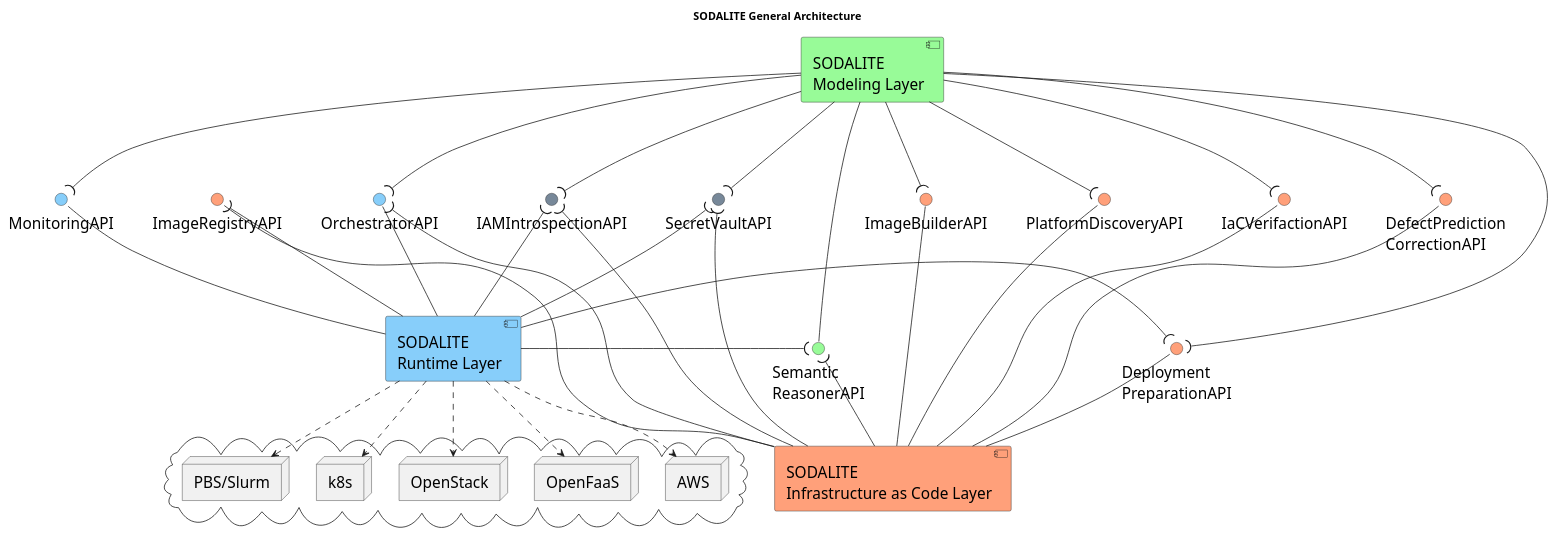
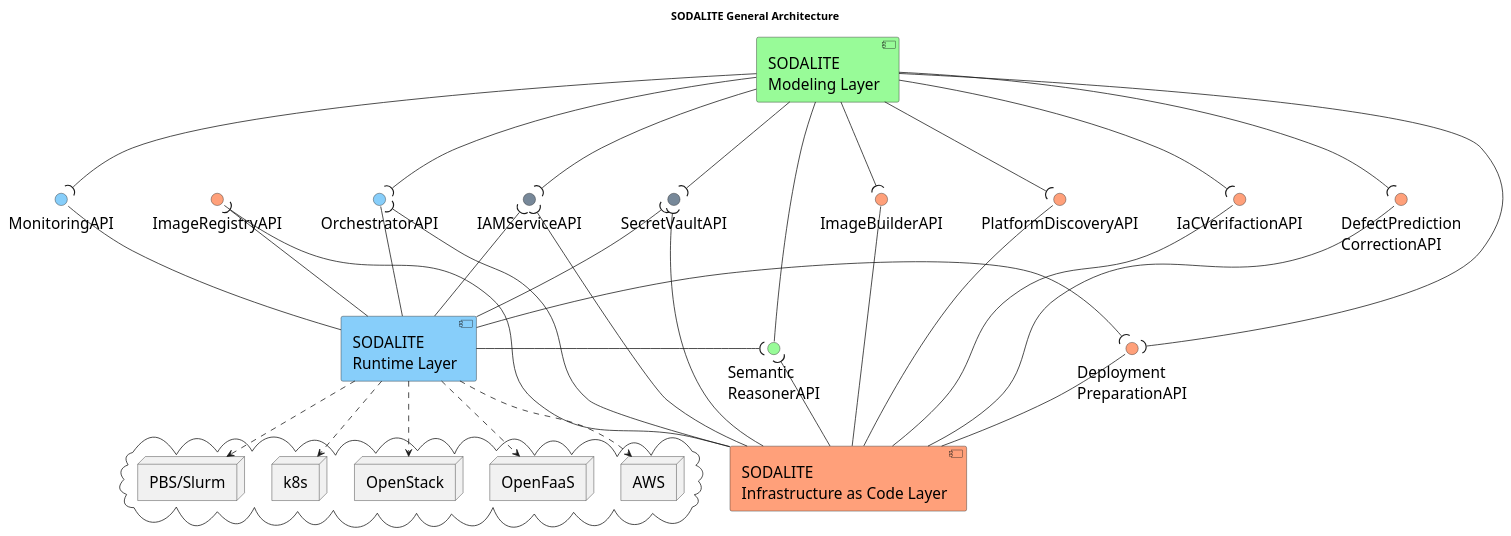
Before and after one commit to SODALITE-EU/project-wide-documentation: the diagram in uml/component-diagrams/CD-SODALITEGeneralArchitecture.puml, drawn with PlantUML.

Commit message:
Renamed IAMIntrospectionAPI to IAMServiceAPI
Renamed IAMIntrospectionAPI to IAMServiceAPI

```diff
--- a/uml/component-diagrams/CD-SODALITEGeneralArchitecture.puml
+++ b/uml/component-diagrams/CD-SODALITEGeneralArchitecture.puml
@@ -1,76 +1,76 @@
 @startuml
 
 title SODALITE General Architecture
 
 skinparam fixCircleLabelOverlapping true 
 skinparam defaultFontSize 20
 skinparam dpi 90
 
 'WP3 modelling layer
 [SODALITE\nModeling Layer] as WP3 #PaleGreen
 interface "Semantic\nReasonerAPI" as sem #PaleGreen
 WP3 -d- sem
 
 'WP4 infrastructure as Code layer
 [SODALITE\nInfrastructure as Code Layer] as WP4 #LightSalmon
 interface "Deployment\nPreparationAPI" as dep #LightSalmon
 interface "DefectPrediction\nCorrectionAPI" as defect #LightSalmon
 interface "IaCVerifactionAPI" as verif #LightSalmon
 interface "ImageRegistryAPI" as imagereg  #LightSalmon
 interface "ImageBuilderAPI" as imagebuilder  #LightSalmon
 interface "PlatformDiscoveryAPI" as pds #LightSalmon
 WP4 -u- dep
 WP4 -u- defect
 WP4 -u- verif
 WP4 -u- pds
 WP4 -d- imagereg
 WP4 -u- imagebuilder
 
 
 'WP4 infrastructure as Code layer
 [SODALITE\nRuntime Layer] as WP5 #LightSkyBlue
 interface "MonitoringAPI" as mon #LightSkyBlue
 interface "OrchestratorAPI" as orch #LightSkyBlue
 WP5 -u- mon 
 WP5 -u- orch
 
 'security APIs
-interface "IAMIntrospectionAPI" as IAMApi #LightSlateGrey
+interface "IAMServiceAPI" as IAMApi #LightSlateGrey
 interface "SecretVaultAPI" as VaultAPI #LightSlateGrey
 
 cloud {
     node OpenStack
     node k8s as K8S
     node "PBS/Slurm" as wlm
     node AWS
     node OpenFaaS
 }
 
 WP3 -d-( IAMApi
 WP3 -d-( VaultAPI
 WP3 -d-( dep
 WP3 -d-( defect
 WP3 -d-( verif
 WP3 -d-( mon
 WP3 -d-( orch
 WP3 -d-( imagebuilder
 WP3 -d-( pds
 
 WP4 -u-( IAMApi
 WP4 -u-( VaultAPI
 WP4 -u-( sem
 WP4 -u-( orch
 
 WP5 -u-( IAMApi
 WP5 -u-( VaultAPI
 WP5 -u-( imagereg
 WP5 -r-( dep
 WP5 -r-( sem
 
 WP5 .d.> OpenStack
 WP5 .d.> K8S
 WP5 .d.> wlm
 WP5 .d.> AWS
 WP5 .d.> OpenFaaS
 
 @enduml
```
